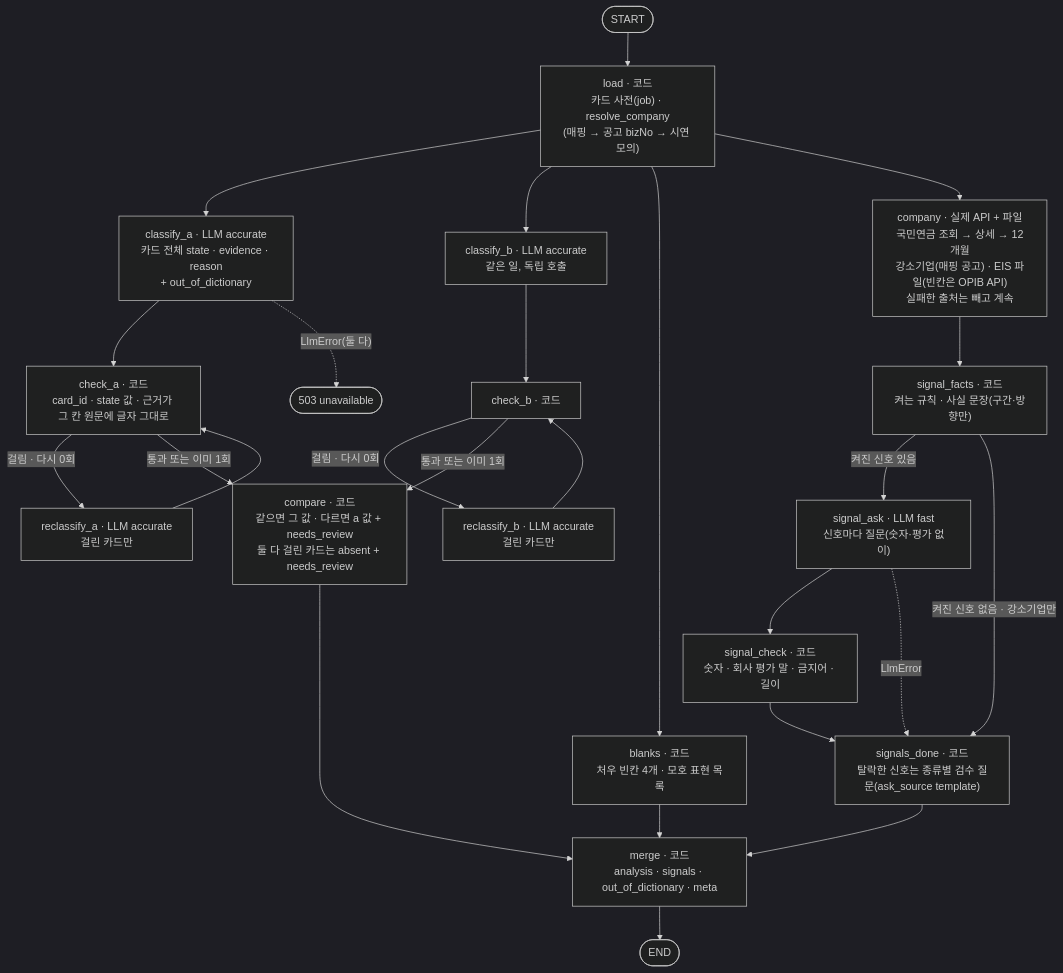
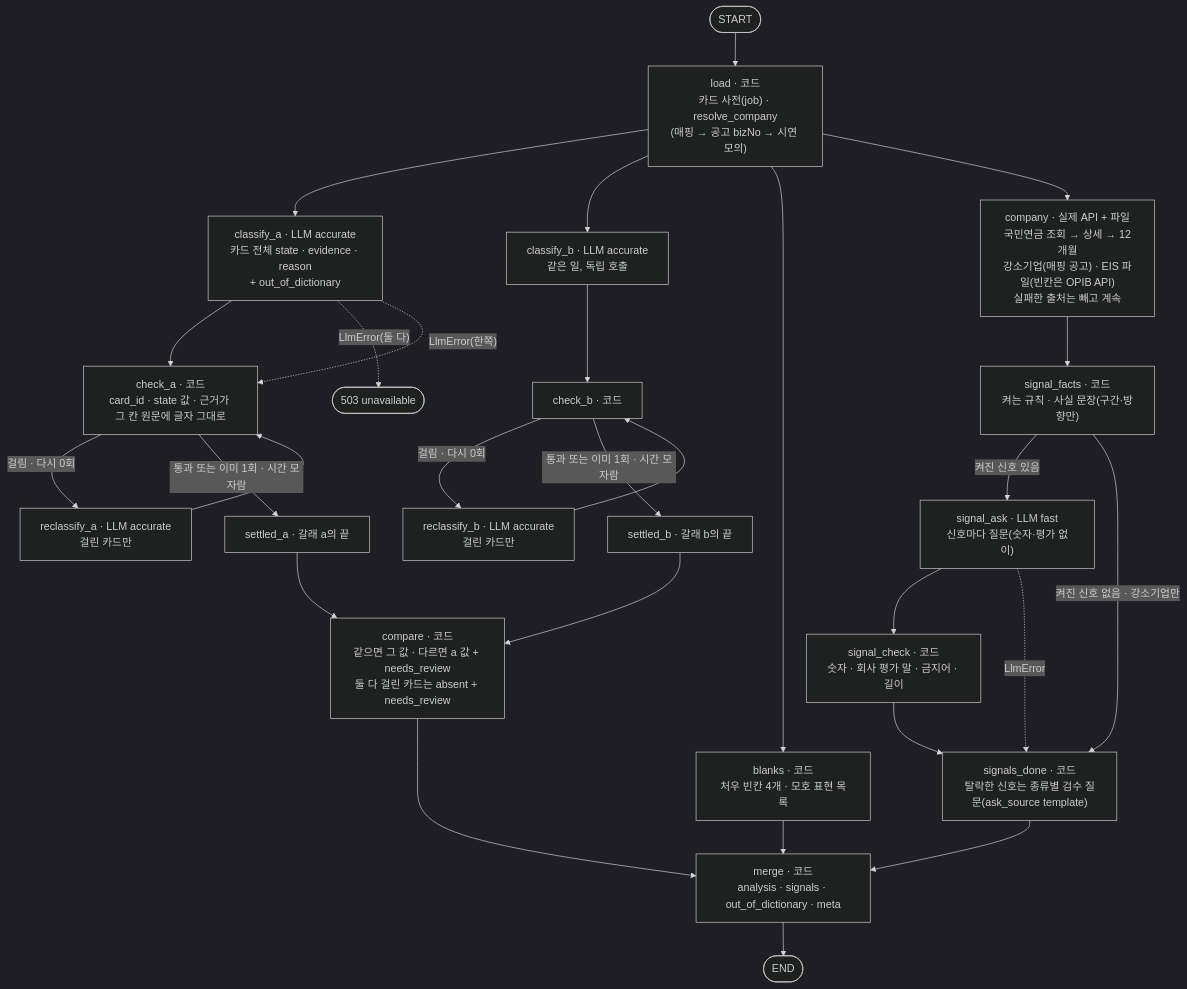
One commit to zazasj/askback24 changed the eighth of 9 diagrams in docs/ai_agent/에이전트 설계 확정.md. Above: the diagram before and after it, drawn with Mermaid (dark theme). The commit also changed other lines of this file and 5 other files, not shown here.

````diff
--- a/docs/ai_agent/에이전트 설계 확정.md
+++ b/docs/ai_agent/에이전트 설계 확정.md
@@ -362,33 +364,36 @@
 ```mermaid
 flowchart TD
     S([START]) --> load["load · 코드<br/>카드 사전(job) · resolve_company<br/>(매핑 → 공고 bizNo → 시연 모의)"]
     load --> classify_a["classify_a · LLM accurate<br/>카드 전체 state · evidence · reason<br/>+ out_of_dictionary"]
     load --> classify_b["classify_b · LLM accurate<br/>같은 일, 독립 호출"]
     load --> blanks["blanks · 코드<br/>처우 빈칸 4개 · 모호 표현 목록"]
     load --> company["company · 실제 API + 파일<br/>국민연금 조회 → 상세 → 12개월<br/>강소기업(매핑 공고) · EIS 파일(빈칸은 OPIB API)<br/>실패한 출처는 빼고 계속"]
     company --> signal_facts["signal_facts · 코드<br/>켜는 규칙 · 사실 문장(구간·방향만)"]
 
     classify_a --> check_a["check_a · 코드<br/>card_id · state 값 · 근거가 그 칸 원문에 글자 그대로"]
     check_a -- "걸림 · 다시 0회" --> reclassify_a["reclassify_a · LLM accurate<br/>걸린 카드만"]
     reclassify_a --> check_a
     classify_b --> check_b["check_b · 코드"]
     check_b -- "걸림 · 다시 0회" --> reclassify_b["reclassify_b · LLM accurate<br/>걸린 카드만"]
     reclassify_b --> check_b
 
-    check_a -- "통과 또는 이미 1회" --> compare
-    check_b -- "통과 또는 이미 1회" --> compare
+    check_a -- "통과 또는 이미 1회 · 시간 모자람" --> settled_a["settled_a · 갈래 a의 끝"]
+    check_b -- "통과 또는 이미 1회 · 시간 모자람" --> settled_b["settled_b · 갈래 b의 끝"]
+    settled_a --> compare
+    settled_b --> compare
     compare["compare · 코드<br/>같으면 그 값 · 다르면 a 값 + needs_review<br/>둘 다 걸린 카드는 absent + needs_review"]
 
     signal_facts -- "켜진 신호 있음" --> signal_ask["signal_ask · LLM fast<br/>신호마다 질문(숫자·평가 없이)"]
     signal_facts -- "켜진 신호 없음 · 강소기업만" --> signals_done
     signal_ask --> signal_check["signal_check · 코드<br/>숫자 · 회사 평가 말 · 금지어 · 길이"]
     signal_check --> signals_done["signals_done · 코드<br/>탈락한 신호는 종류별 검수 질문(ask_source template)"]
     signal_ask -. LlmError .-> signals_done
 
     compare --> merge
     blanks --> merge
     signals_done --> merge
     merge["merge · 코드<br/>analysis · signals · out_of_dictionary · meta"] --> E([END])
 
     classify_a -. "LlmError(둘 다)" .-> X([503 unavailable])
+    classify_a -. "LlmError(한쪽)" .-> check_a
 ```
````
